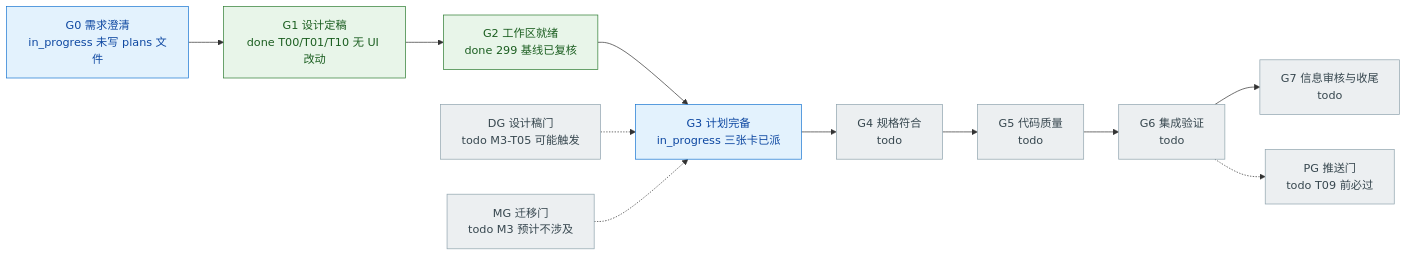
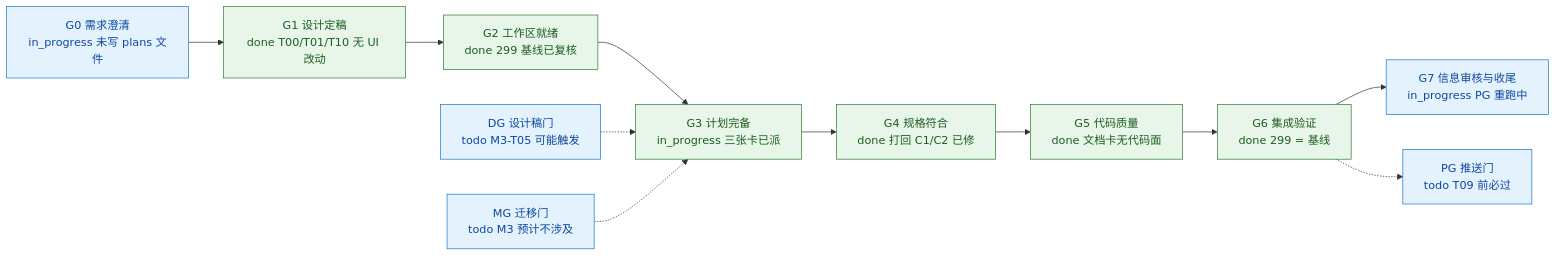
One commit to Shadoso-w/BeanClick changed the fourth of 5 diagrams in docs/agent-teams/PROGRESS.md. Above: the diagram before and after it, drawn with Mermaid. The commit also changed other lines of this file, not shown here.

First line of the commit message:
docs(agent-teams): 刷新 PROGRESS 到与本批事实一致（M3-T00/T01/T10 收口）

````diff
--- a/docs/agent-teams/PROGRESS.md
+++ b/docs/agent-teams/PROGRESS.md
@@ -194,24 +197,24 @@
 ```mermaid
 flowchart LR
     G0["G0 需求澄清<br/>in_progress 未写 plans 文件"] --> G1["G1 设计定稿<br/>done T00/T01/T10 无 UI 改动"]
     G1 --> G2["G2 工作区就绪<br/>done 299 基线已复核"]
     G2 --> G3["G3 计划完备<br/>in_progress 三张卡已派"]
-    G3 --> G4["G4 规格符合<br/>todo"]
-    G4 --> G5["G5 代码质量<br/>todo"]
-    G5 --> G6["G6 集成验证<br/>todo"]
-    G6 --> G7["G7 信息审核与收尾<br/>todo"]
+    G3 --> G4["G4 规格符合<br/>done 打回 C1/C2 已修"]
+    G4 --> G5["G5 代码质量<br/>done 文档卡无代码面"]
+    G5 --> G6["G6 集成验证<br/>done 299 = 基线"]
+    G6 --> G7["G7 信息审核与收尾<br/>in_progress PG 重跑中"]
     DG["DG 设计稿门<br/>todo M3-T05 可能触发"]
     MG["MG 迁移门<br/>todo M3 预计不涉及"]
     PG["PG 推送门<br/>todo T09 前必过"]
 
     DG -.-> G3
     MG -.-> G3
     G6 -.-> PG
 
     classDef todo fill:#eceff1,stroke:#90a4ae,color:#37474f
     classDef doing fill:#e3f2fd,stroke:#1976d2,color:#0d47a1
     classDef done fill:#e8f5e9,stroke:#2e7d32,color:#1b5e20
-    class G0,G3 doing
-    class G1,G2 done
-    class G4,G5,G6,G7,DG,MG,PG todo
+    class G0 doing
+    class G1,G2,G3,G4,G5,G6 done
+    class G7,DG,MG,PG doing
 ```
````
